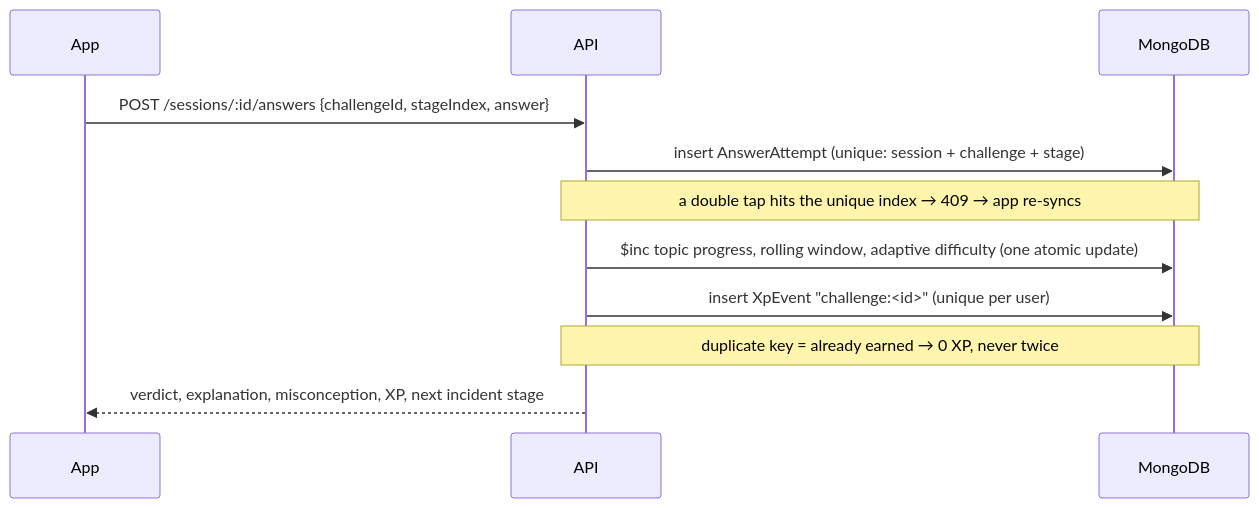
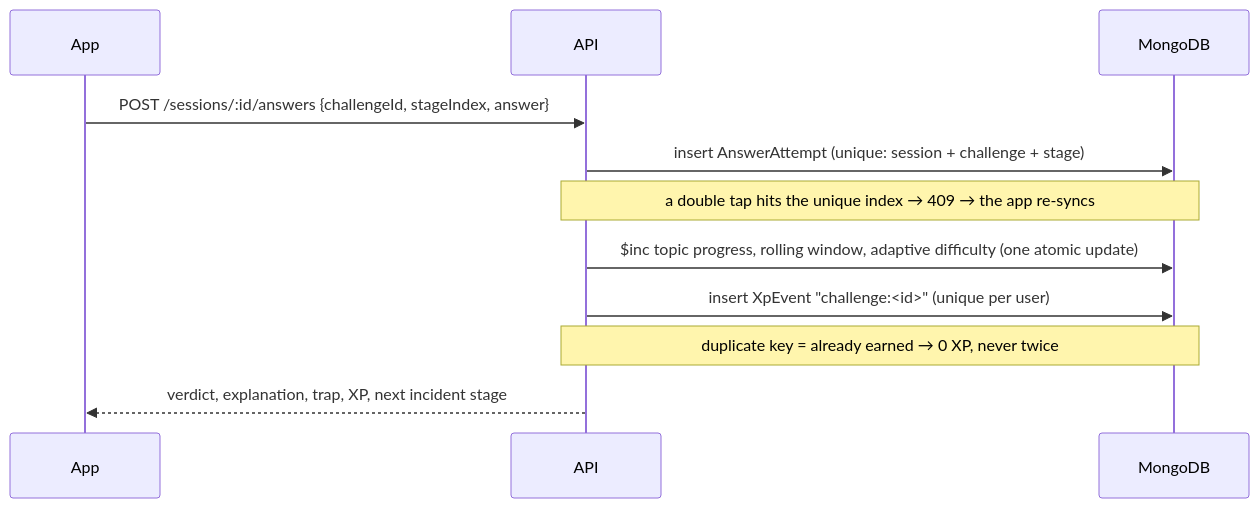
One commit to rajdeep-2004/luna changed the second of 2 diagrams in README.md. Above: the diagram before and after it, drawn with Mermaid. The commit also changed other lines of this file and 1 other file, not shown here.

````diff
--- a/README.md
+++ b/README.md
@@ -137,13 +203,13 @@
 ```mermaid
 sequenceDiagram
   participant App
   participant API
   participant DB as MongoDB
   App->>API: POST /sessions/:id/answers {challengeId, stageIndex, answer}
   API->>DB: insert AnswerAttempt (unique: session + challenge + stage)
-  Note over API,DB: a double tap hits the unique index → 409 → app re-syncs
+  Note over API,DB: a double tap hits the unique index → 409 → the app re-syncs
   API->>DB: $inc topic progress, rolling window, adaptive difficulty (one atomic update)
   API->>DB: insert XpEvent "challenge:<id>" (unique per user)
   Note over API,DB: duplicate key = already earned → 0 XP, never twice
-  API-->>App: verdict, explanation, misconception, XP, next incident stage
+  API-->>App: verdict, explanation, trap, XP, next incident stage
 ```
````
